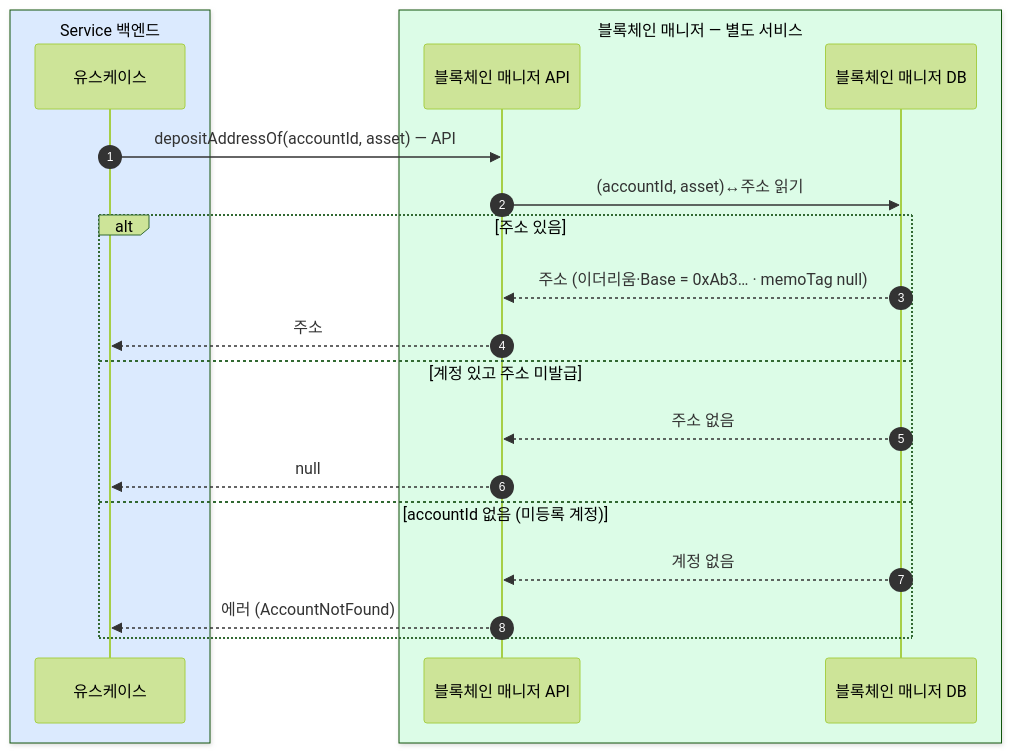
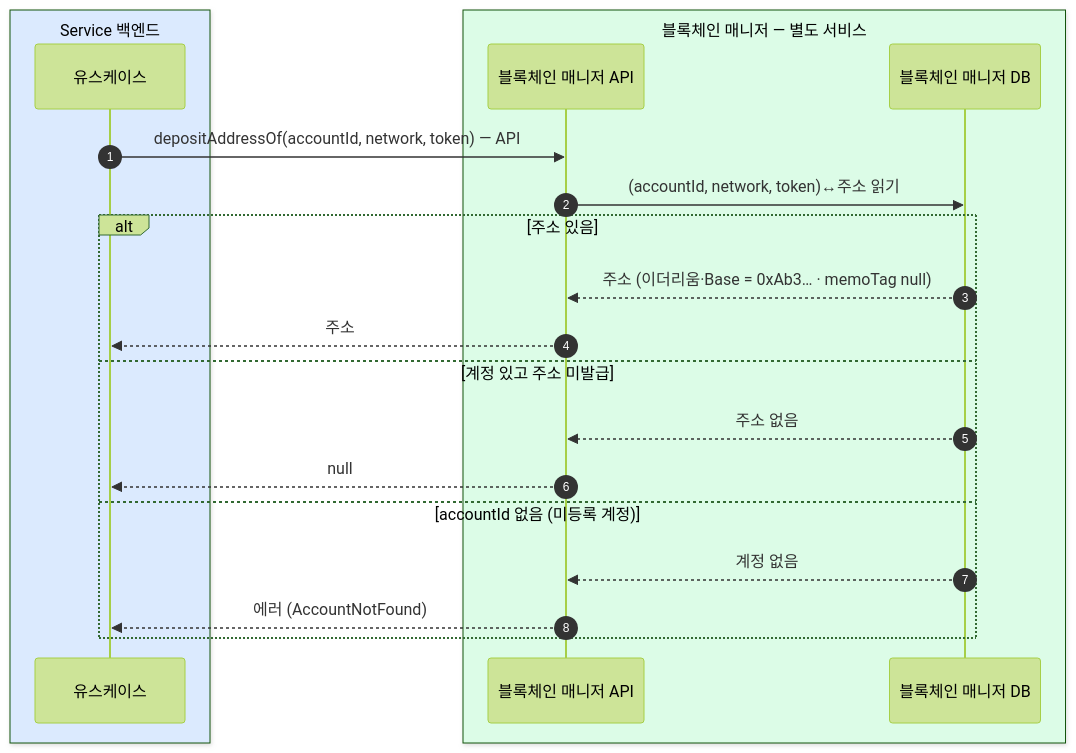
One commit to eunsujeo/eunpus changed the diagram in blockchain-manager/docs/블록체인매니저/설계/03-address-of.md. Above: the diagram before and after it, drawn with Mermaid (forest theme). The commit also changed other lines of this file and 4 other files, not shown here.

First line of the commit message:
하위 챕터 프로즈까지 network + token 으로 정리

````diff
--- a/blockchain-manager/docs/블록체인매니저/설계/03-address-of.md
+++ b/blockchain-manager/docs/블록체인매니저/설계/03-address-of.md
@@ -18,24 +18,24 @@
 ```mermaid
 sequenceDiagram
     autonumber
     box rgb(219,234,254) Service 백엔드
     participant BE as 유스케이스
     end
     box rgb(220,252,231) 블록체인 매니저 — 별도 서비스
     participant BM as 블록체인 매니저 API
     participant MDB as 블록체인 매니저 DB
     end
 
-    BE->>BM: depositAddressOf(accountId, asset) — API
-    BM->>MDB: (accountId, asset)↔주소 읽기
+    BE->>BM: depositAddressOf(accountId, network, token) — API
+    BM->>MDB: (accountId, network, token)↔주소 읽기
     alt 주소 있음
         MDB-->>BM: 주소 (이더리움·Base = 0xAb3… · memoTag null)
         BM-->>BE: 주소
     else 계정 있고 주소 미발급
         MDB-->>BM: 주소 없음
         BM-->>BE: null
     else accountId 없음 (미등록 계정)
         MDB-->>BM: 계정 없음
         BM-->>BE: 에러 (AccountNotFound)
     end
 ```
````
